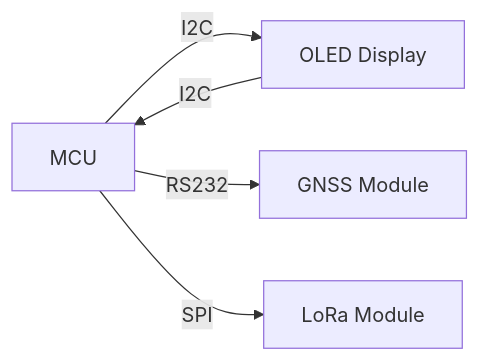
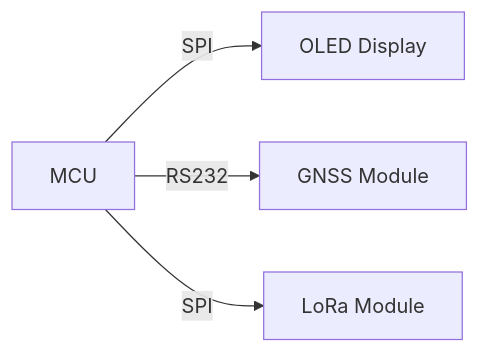
The second of 2 diagrams in readme.md (ilusder/gps_tracker), drawn with Mermaid before and after one commit.

Commit message:
Change schematics

````diff
--- a/readme.md
+++ b/readme.md
@@ -30,7 +30,6 @@
 ```mermaid
 graph LR
-  MCU[MCU]--I2C-->OLED[OLED Display];
-  OLED--I2C-->MCU;
+  MCU[MCU]--SPI-->OLED[OLED Display];
   MCU--RS232-->GNSS[GNSS Module];
   MCU--SPI-->LORA[LoRa Module];
 ```
````
